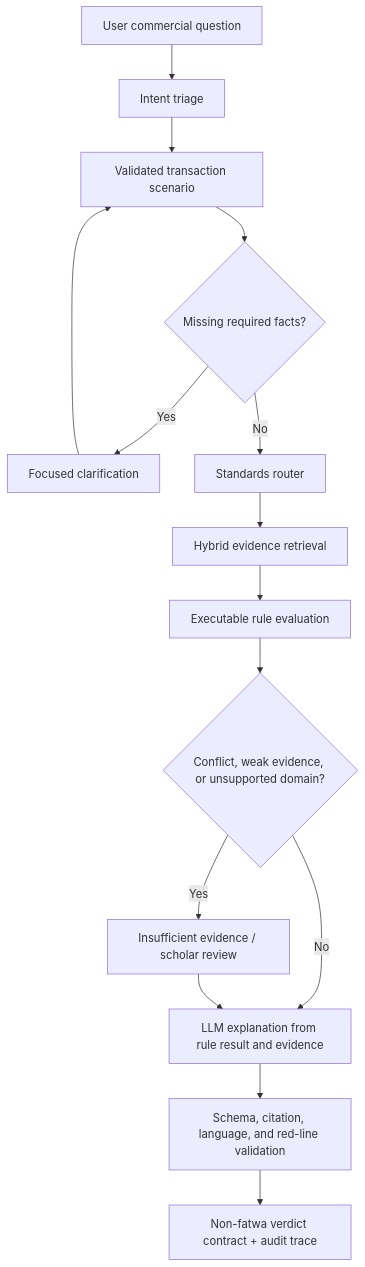
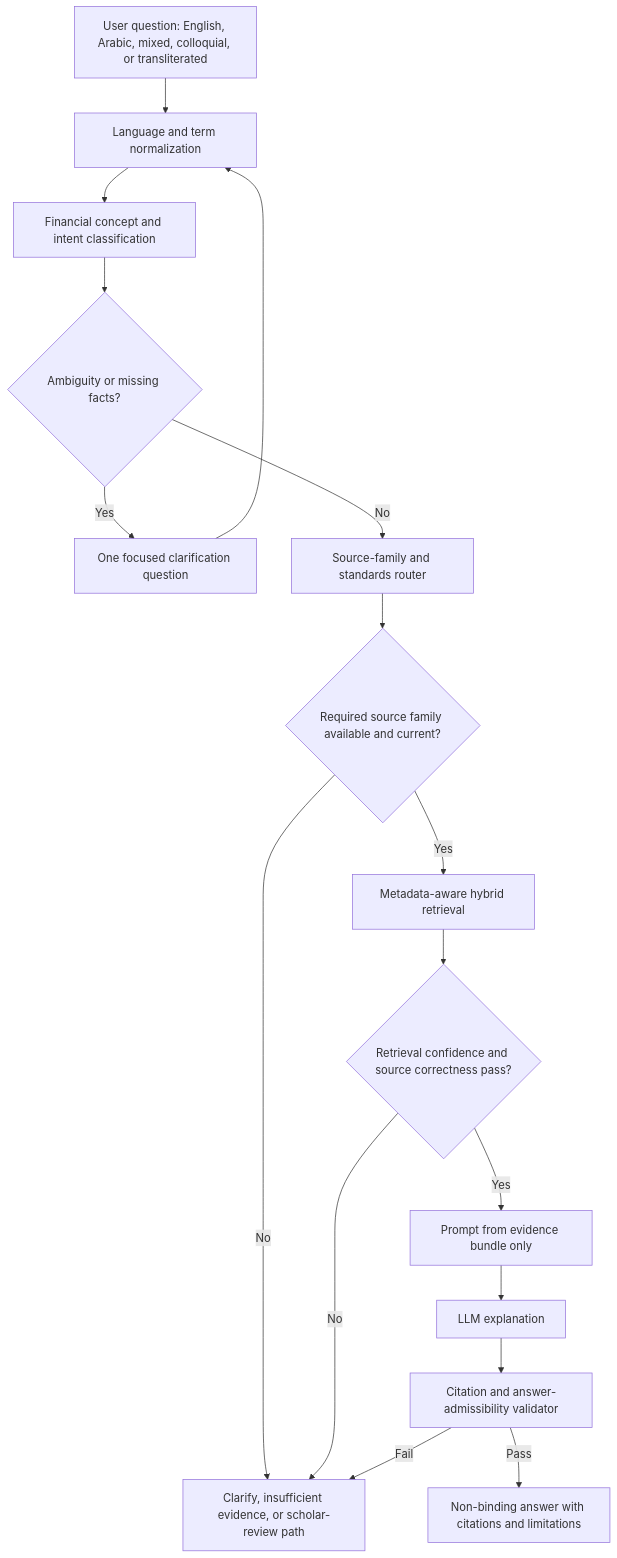
The first of 3 diagrams in .kiro/specs/sharia-compliance-chatbot/design.md (AhmedTElKodsh/Mushir-Sharia-Bot), drawn with Mermaid before and after one commit. The commit also changed other lines of this file and 41 other files, not shown here.

````diff
--- a/.kiro/specs/sharia-compliance-chatbot/design.md
+++ b/.kiro/specs/sharia-compliance-chatbot/design.md
@@ -195,17 +26,19 @@
 ```mermaid
 flowchart TD
-    User["User commercial question"] --> Intent["Intent triage"]
-    Intent --> Scenario["Validated transaction scenario"]
-    Scenario --> Missing{"Missing required facts?"}
-    Missing -- "Yes" --> FollowUp["Focused clarification"]
-    FollowUp --> Scenario
-    Missing -- "No" --> Router["Standards router"]
-    Router --> Evidence["Hybrid evidence retrieval"]
-    Evidence --> Rules["Executable rule evaluation"]
-    Rules --> Conflict{"Conflict, weak evidence, or unsupported domain?"}
-    Conflict -- "Yes" --> Escalate["Insufficient evidence / scholar review"]
-    Conflict -- "No" --> Explain["LLM explanation from rule result and evidence"]
-    Escalate --> Explain
-    Explain --> Validate["Schema, citation, language, and red-line validation"]
-    Validate --> Output["Non-fatwa verdict contract + audit trace"]
+    U["User question: English, Arabic, mixed, colloquial, or transliterated"] --> N["Language and term normalization"]
+    N --> C["Financial concept and intent classification"]
+    C --> A{"Ambiguity or missing facts?"}
+    A -- "Yes" --> Q["One focused clarification question"]
+    Q --> N
+    A -- "No" --> R["Source-family and standards router"]
+    R --> F{"Required source family available and current?"}
+    F -- "No" --> X["Clarify, insufficient evidence, or scholar-review path"]
+    F -- "Yes" --> E["Metadata-aware hybrid retrieval"]
+    E --> G{"Retrieval confidence and source correctness pass?"}
+    G -- "No" --> X
+    G -- "Yes" --> P["Prompt from evidence bundle only"]
+    P --> L["LLM explanation"]
+    L --> V["Citation and answer-admissibility validator"]
+    V -- "Pass" --> O["Non-binding answer with citations and limitations"]
+    V -- "Fail" --> X
 ```
````
